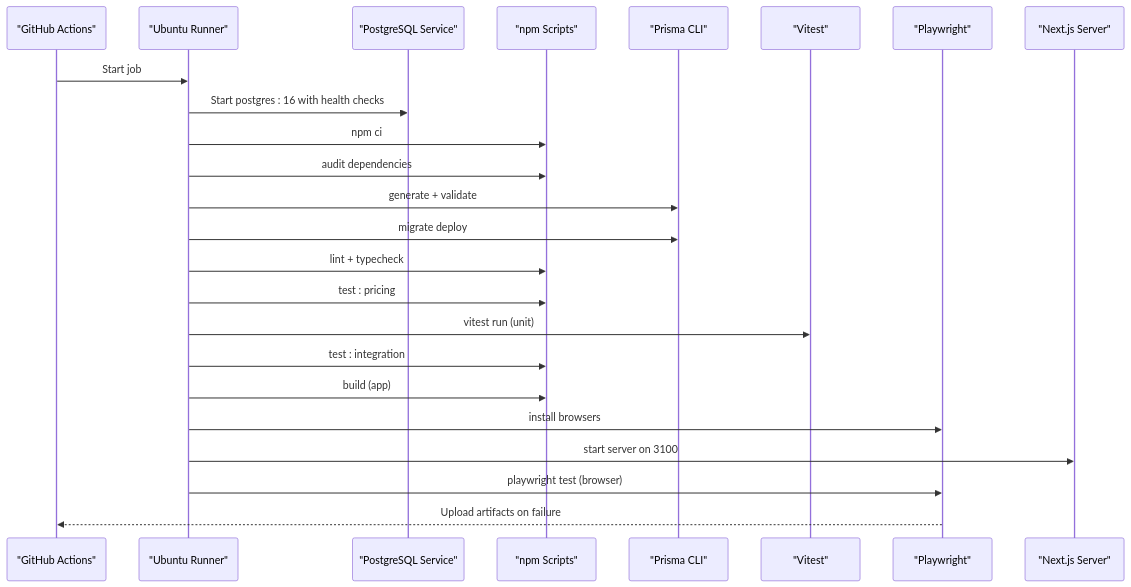
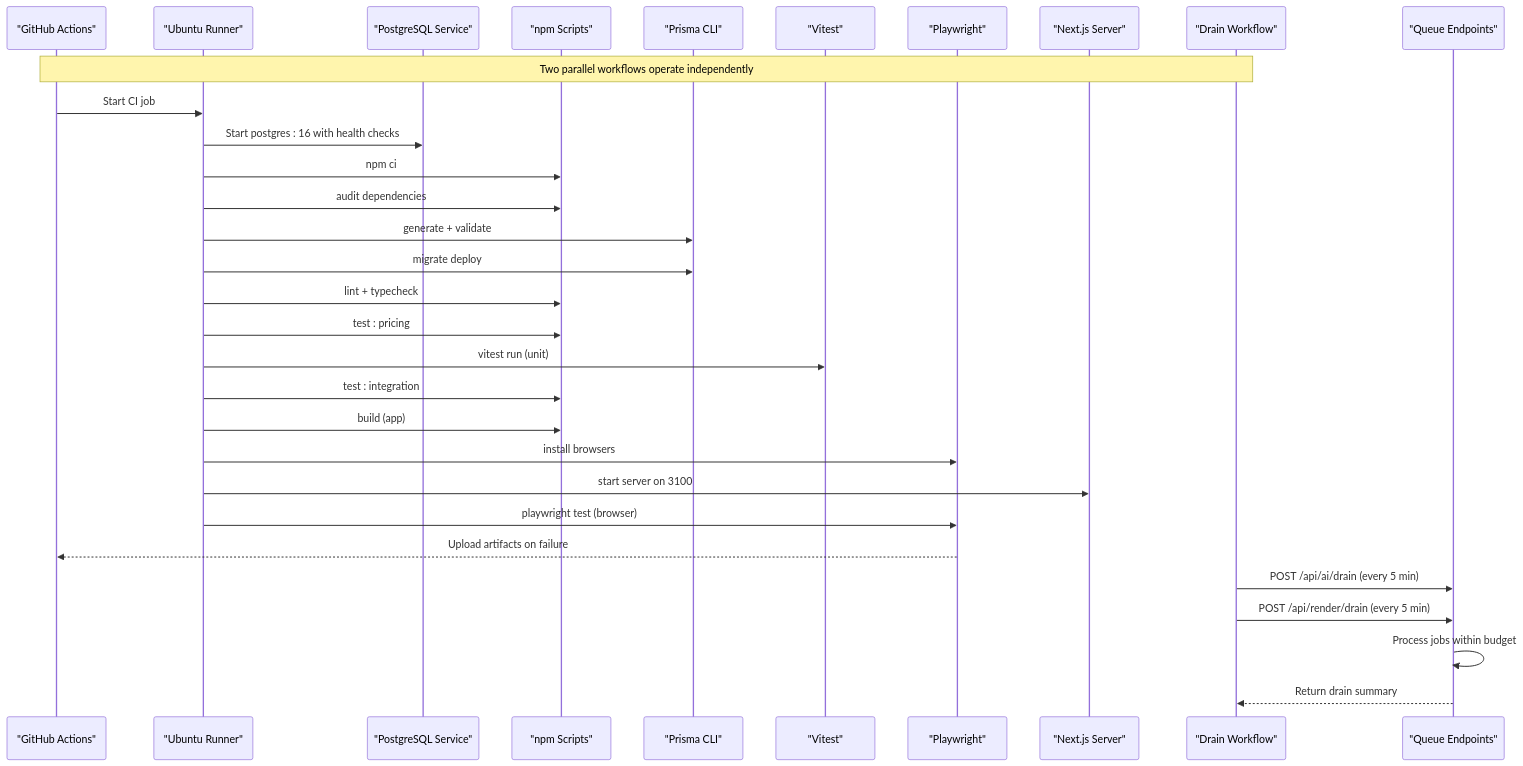
One commit to Crowdspender/titchybooks-app changed the second of 11 diagrams in .qoder/repowiki/en/content/Deployment & Operations/CI_CD Pipeline & Automated Testing.md. Above: the diagram before and after it, drawn with Mermaid. The commit also changed other lines of this file and 13 other files, not shown here.

First line of the commit message:
ci/docs: backup workflow, drain health gate and operations runbook

````diff
--- a/.qoder/repowiki/en/content/Deployment & Operations/CI_CD Pipeline & Automated Testing.md
+++ b/.qoder/repowiki/en/content/Deployment & Operations/CI_CD Pipeline & Automated Testing.md
@@ -82,26 +109,33 @@
 ```mermaid
 sequenceDiagram
 participant GH as "GitHub Actions"
 participant OS as "Ubuntu Runner"
 participant PG as "PostgreSQL Service"
 participant NPM as "npm Scripts"
 participant PRISMA as "Prisma CLI"
 participant VITEST as "Vitest"
 participant PW as "Playwright"
 participant NEXT as "Next.js Server"
-GH->>OS : Start job
+participant DRAIN as "Drain Workflow"
+participant API as "Queue Endpoints"
+Note over GH,DRAIN : Two parallel workflows operate independently
+GH->>OS : Start CI job
 OS->>PG : Start postgres : 16 with health checks
 OS->>NPM : npm ci
 OS->>NPM : audit dependencies
 OS->>PRISMA : generate + validate
 OS->>PRISMA : migrate deploy
 OS->>NPM : lint + typecheck
 OS->>NPM : test : pricing
 OS->>VITEST : vitest run (unit)
 OS->>NPM : test : integration
 OS->>NPM : build (app)
 OS->>PW : install browsers
 OS->>NEXT : start server on 3100
 OS->>PW : playwright test (browser)
 PW-->>GH : Upload artifacts on failure
+DRAIN->>API : POST /api/ai/drain (every 5 min)
+DRAIN->>API : POST /api/render/drain (every 5 min)
+API->>API : Process jobs within budget
+API-->>DRAIN : Return drain summary
 ```
````
